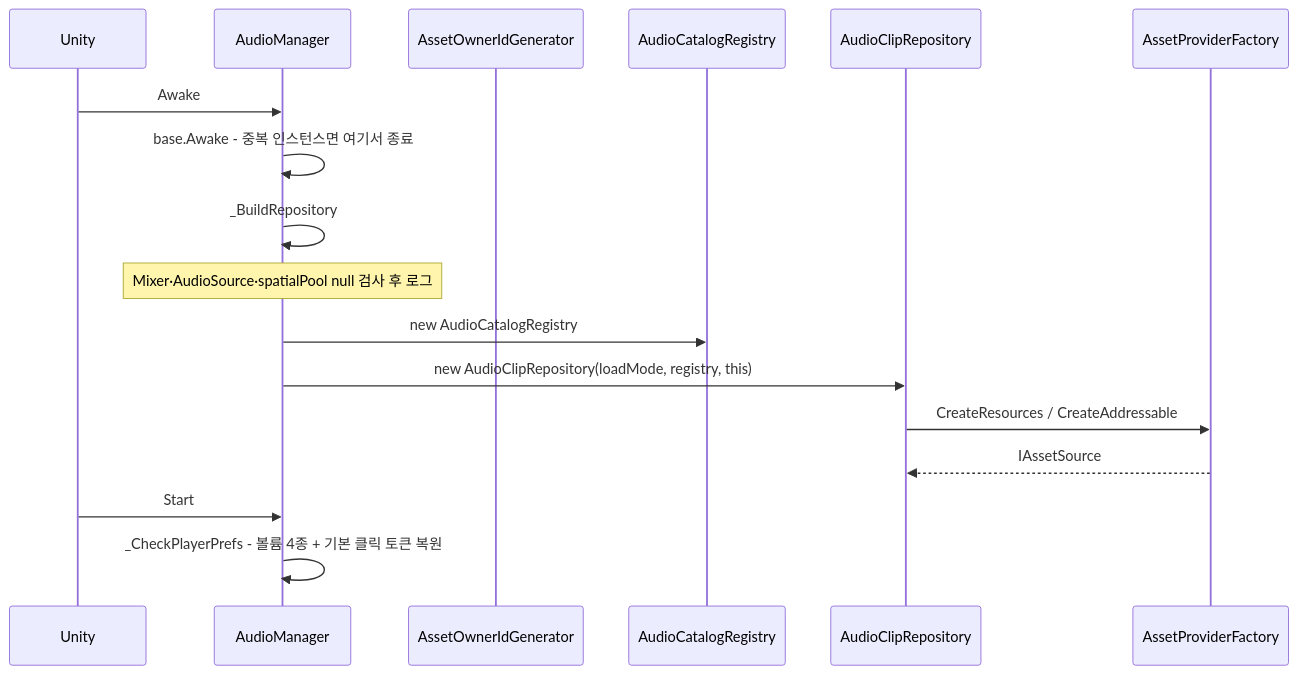
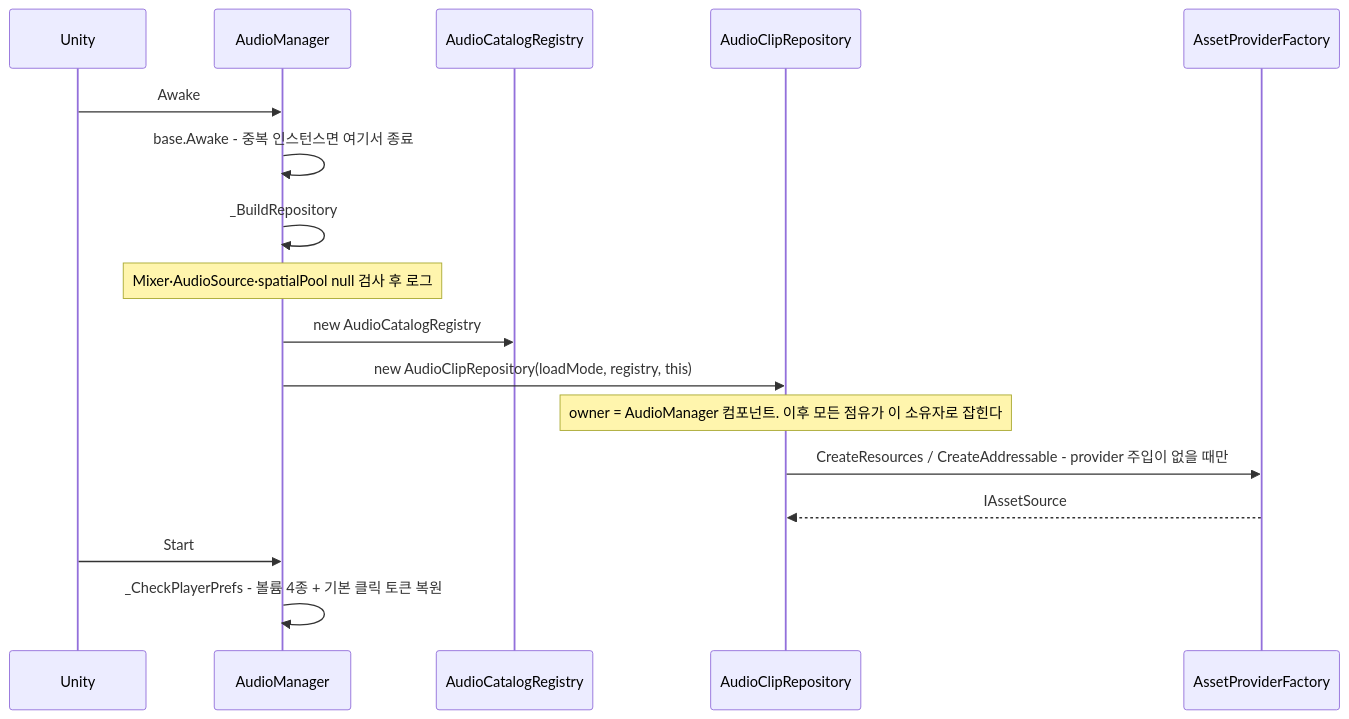
Before and after one commit to HoHong123/HCUP-Unity: the third of 9 diagrams in HAudio/Runtime/README.md, drawn with Mermaid. The commit also changed other lines of this file, not shown here.

````diff
--- a/HAudio/Runtime/README.md
+++ b/HAudio/Runtime/README.md
@@ -144,20 +142,20 @@
 ```mermaid
 sequenceDiagram
     participant U as Unity
     participant AM as AudioManager
-    participant GEN as AssetOwnerIdGenerator
     participant REG as AudioCatalogRegistry
     participant REPO as AudioClipRepository
     participant F as AssetProviderFactory
 
     U->>AM: Awake
     AM->>AM: base.Awake - 중복 인스턴스면 여기서 종료
     AM->>AM: _BuildRepository
     Note over AM: Mixer·AudioSource·spatialPool null 검사 후 로그
     AM->>REG: new AudioCatalogRegistry
     AM->>REPO: new AudioClipRepository(loadMode, registry, this)
-    REPO->>F: CreateResources / CreateAddressable
+    Note over REPO: owner = AudioManager 컴포넌트. 이후 모든 점유가 이 소유자로 잡힌다
+    REPO->>F: CreateResources / CreateAddressable - provider 주입이 없을 때만
     F-->>REPO: IAssetSource
     U->>AM: Start
     AM->>AM: _CheckPlayerPrefs - 볼륨 4종 + 기본 클릭 토큰 복원
 ```
````
